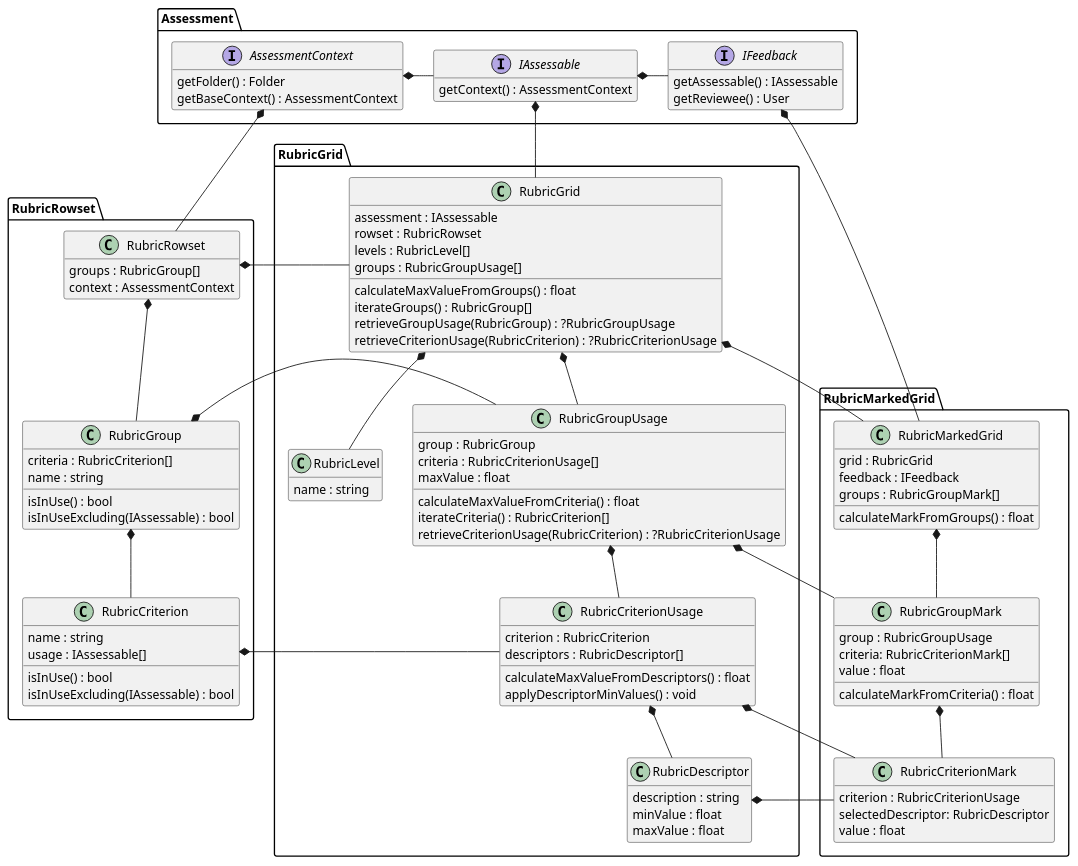
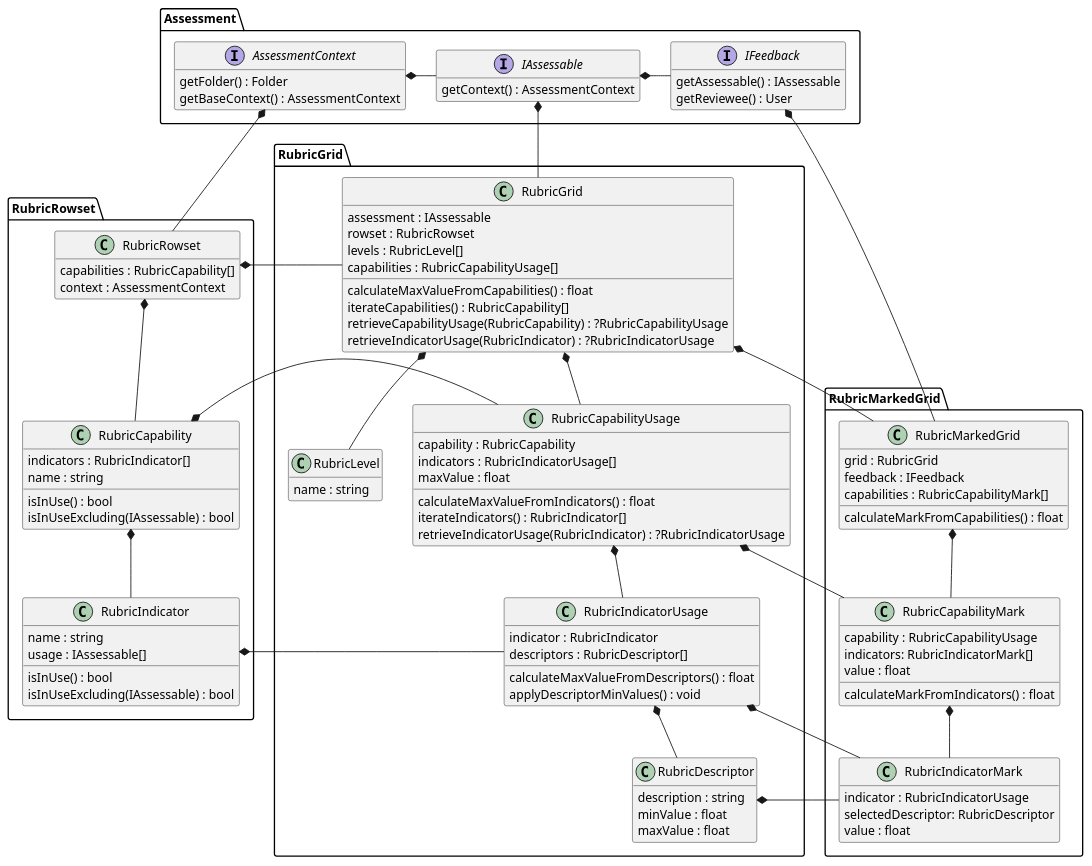
The diagram in library/Schoolbox/Assessment/Rubric/Rubric.plantuml (juliaattrevisan/schoolbox-api-docs), drawn with PlantUML before and after one commit.

Commit message:
Rename group -> capability, criterion -> indicator [SA-7282]
Won't be addressed in code yet

```diff
--- a/library/Schoolbox/Assessment/Rubric/Rubric.plantuml
+++ b/library/Schoolbox/Assessment/Rubric/Rubric.plantuml
@@ -1,150 +1,150 @@
 @startuml
 
 hide empty fields
 hide empty methods
 
 namespace Assessment {
 
     interface AssessmentContext {
         getFolder() : Folder
         getBaseContext() : AssessmentContext
     }
 
     interface IAssessable {
         getContext() : AssessmentContext
     }
 
     interface IFeedback {
         getAssessable() : IAssessable
         getReviewee() : User
     }
 
     ' internal relations
     AssessmentContext *-r- IAssessable
     IAssessable *-r- IFeedback
 }
 
 
 namespace RubricRowset {
 
     class RubricRowset {
-        groups : RubricGroup[]
+        capabilities : RubricCapability[]
         context : AssessmentContext
     }
 
-    class RubricGroup {
-        criteria : RubricCriterion[]
+    class RubricCapability {
+        indicators : RubricIndicator[]
         name : string
         isInUse() : bool
         isInUseExcluding(IAssessable) : bool
     }
 
-    class RubricCriterion {
+    class RubricIndicator {
         name : string
         usage : IAssessable[]
         isInUse() : bool
         isInUseExcluding(IAssessable) : bool
     }
 
     ' internal relations
-    RubricRowset *-d- RubricGroup
-    RubricGroup *-d- RubricCriterion
+    RubricRowset *-d- RubricCapability
+    RubricCapability *-d- RubricIndicator
 
     ' relation to Assessment
     Assessment.AssessmentContext *-d- RubricRowset
 }
 
 
 namespace RubricGrid {
 
     class RubricGrid {
         assessment : IAssessable
         rowset : RubricRowset
         levels : RubricLevel[]
-        groups : RubricGroupUsage[]
-        calculateMaxValueFromGroups() : float
-        iterateGroups() : RubricGroup[]
-        retrieveGroupUsage(RubricGroup) : ?RubricGroupUsage
-        retrieveCriterionUsage(RubricCriterion) : ?RubricCriterionUsage
+        capabilities : RubricCapabilityUsage[]
+        calculateMaxValueFromCapabilities() : float
+        iterateCapabilities() : RubricCapability[]
+        retrieveCapabilityUsage(RubricCapability) : ?RubricCapabilityUsage
+        retrieveIndicatorUsage(RubricIndicator) : ?RubricIndicatorUsage
     }
 
-    class RubricGroupUsage {
-        group : RubricGroup
-        criteria : RubricCriterionUsage[]
+    class RubricCapabilityUsage {
+        capability : RubricCapability
+        indicators : RubricIndicatorUsage[]
         maxValue : float
-        calculateMaxValueFromCriteria() : float
-        iterateCriteria() : RubricCriterion[]
-        retrieveCriterionUsage(RubricCriterion) : ?RubricCriterionUsage
+        calculateMaxValueFromIndicators() : float
+        iterateIndicators() : RubricIndicator[]
+        retrieveIndicatorUsage(RubricIndicator) : ?RubricIndicatorUsage
     }
 
-    class RubricCriterionUsage {
-        criterion : RubricCriterion
+    class RubricIndicatorUsage {
+        indicator : RubricIndicator
         descriptors : RubricDescriptor[]
         calculateMaxValueFromDescriptors() : float
         applyDescriptorMinValues() : void
     }
 
     class RubricLevel {
         name : string
     }
 
     class RubricDescriptor {
         description : string
         minValue : float
         maxValue : float
     }
 
     ' internal relations
-    RubricGrid *-d- RubricGroupUsage
-    RubricGroupUsage *-d- RubricCriterionUsage
-    RubricCriterionUsage *-d- RubricDescriptor
+    RubricGrid *-d- RubricCapabilityUsage
+    RubricCapabilityUsage *-d- RubricIndicatorUsage
+    RubricIndicatorUsage *-d- RubricDescriptor
     RubricGrid *-d- RubricLevel
-    RubricLevel *-[hidden]r- RubricGroupUsage
+    RubricLevel *-[hidden]r- RubricCapabilityUsage
 
     ' relation to Assessment
     Assessment.IAssessable *-d- RubricGrid
 
     ' relation to RubricRowset
     RubricGrid -l-* RubricRowset.RubricRowset
-    RubricGroupUsage -l-* RubricRowset.RubricGroup
-    RubricCriterionUsage -l-* RubricRowset.RubricCriterion
+    RubricCapabilityUsage -l-* RubricRowset.RubricCapability
+    RubricIndicatorUsage -l-* RubricRowset.RubricIndicator
 }
 
 
 namespace RubricMarkedGrid {
 
     class RubricMarkedGrid {
         grid : RubricGrid
         feedback : IFeedback
-        groups : RubricGroupMark[]
-        calculateMarkFromGroups() : float
+        capabilities : RubricCapabilityMark[]
+        calculateMarkFromCapabilities() : float
     }
 
-    class RubricGroupMark {
-        group : RubricGroupUsage
-        criteria: RubricCriterionMark[]
+    class RubricCapabilityMark {
+        capability : RubricCapabilityUsage
+        indicators: RubricIndicatorMark[]
         value : float
-        calculateMarkFromCriteria() : float
+        calculateMarkFromIndicators() : float
     }
 
-    class RubricCriterionMark {
-        criterion : RubricCriterionUsage
+    class RubricIndicatorMark {
+        indicator : RubricIndicatorUsage
         selectedDescriptor: RubricDescriptor
         value : float
     }
 
     ' internal relations
-    RubricMarkedGrid *-d- RubricGroupMark
-    RubricGroupMark *-d- RubricCriterionMark
+    RubricMarkedGrid *-d- RubricCapabilityMark
+    RubricCapabilityMark *-d- RubricIndicatorMark
 
     ' relation to Assessment
     Assessment.IFeedback *-d- RubricMarkedGrid
 
     ' relation to RubricGrid
     RubricMarkedGrid -l-* RubricGrid.RubricGrid
-    RubricGroupMark -l-* RubricGrid.RubricGroupUsage
-    RubricCriterionMark -l-* RubricGrid.RubricCriterionUsage
-    RubricCriterionMark -l-* RubricGrid.RubricDescriptor
+    RubricCapabilityMark -l-* RubricGrid.RubricCapabilityUsage
+    RubricIndicatorMark -l-* RubricGrid.RubricIndicatorUsage
+    RubricIndicatorMark -l-* RubricGrid.RubricDescriptor
 }
 
 @enduml
```
